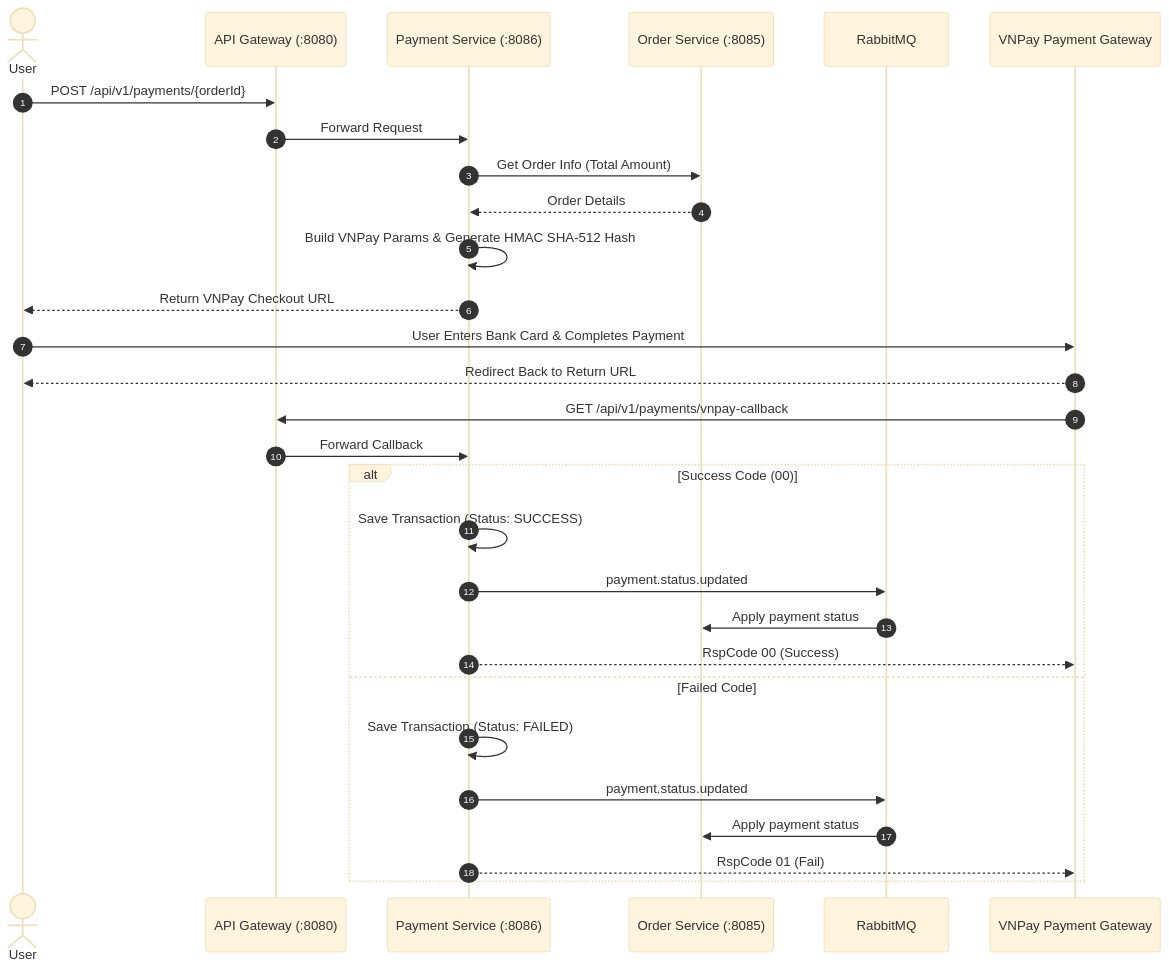
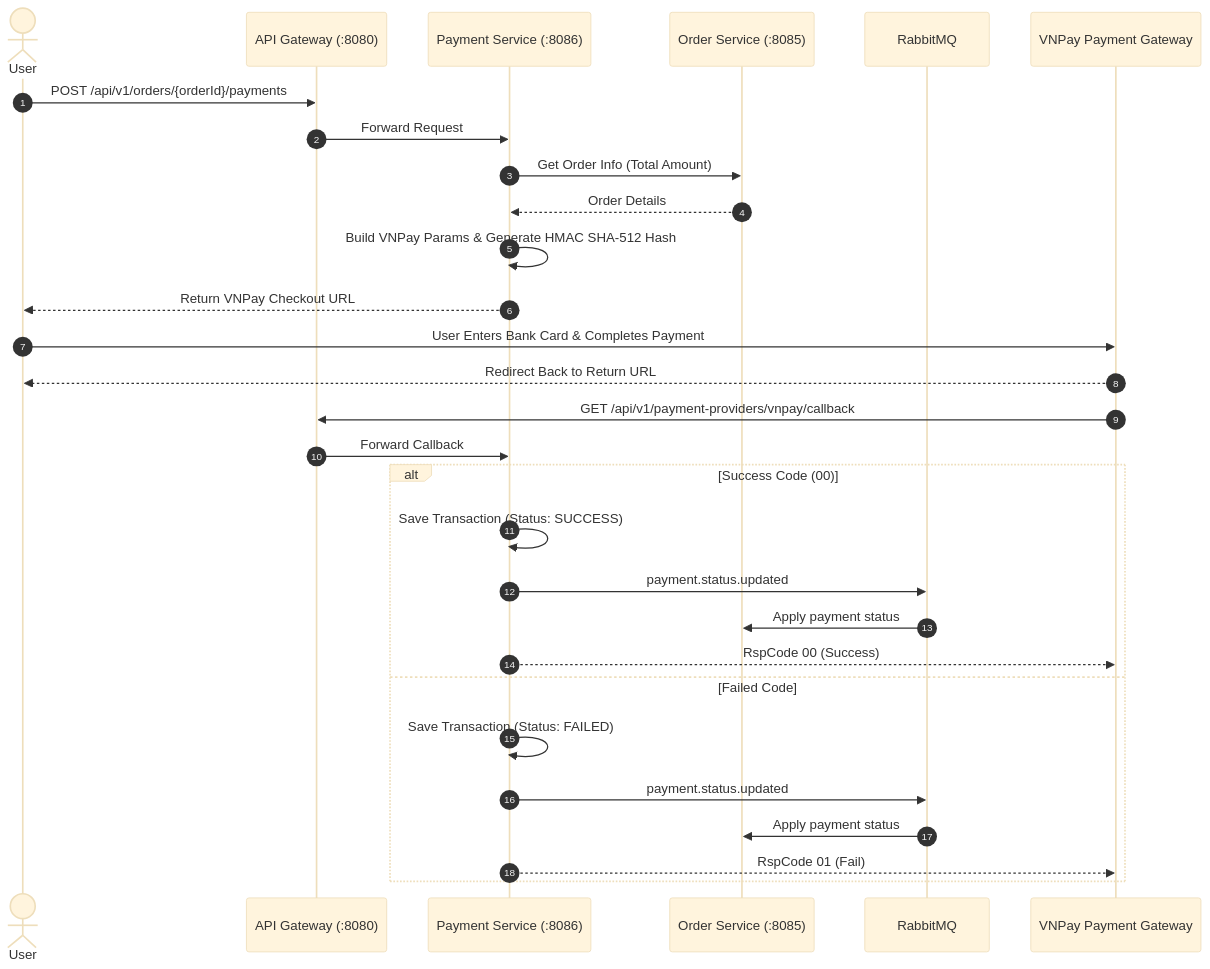
The diagram in docs/services/payment-service.md (kyro-ecommerce/Backend), drawn with Mermaid (base theme) before and after one commit. The commit also changed other lines of this file and 34 other files, not shown here.

````diff
--- a/docs/services/payment-service.md
+++ b/docs/services/payment-service.md
@@ -30,34 +30,34 @@
 ```mermaid
 sequenceDiagram
     autonumber
     actor User
     participant Gateway as API Gateway (:8080)
     participant Payment as Payment Service (:8086)
     participant Order as Order Service (:8085)
     participant RabbitMQ
     participant VNPay as VNPay Payment Gateway
 
-    User->>Gateway: POST /api/v1/payments/{orderId}
+    User->>Gateway: POST /api/v1/orders/{orderId}/payments
     Gateway->>Payment: Forward Request
     Payment->>Order: Get Order Info (Total Amount)
     Order-->>Payment: Order Details
     Payment->>Payment: Build VNPay Params & Generate HMAC SHA-512 Hash
     Payment-->>User: Return VNPay Checkout URL
 
     User->>VNPay: User Enters Bank Card & Completes Payment
     VNPay-->>User: Redirect Back to Return URL
 
-    VNPay->>Gateway: GET /api/v1/payments/vnpay-callback
+    VNPay->>Gateway: GET /api/v1/payment-providers/vnpay/callback
     Gateway->>Payment: Forward Callback
     alt Success Code (00)
         Payment->>Payment: Save Transaction (Status: SUCCESS)
         Payment->>RabbitMQ: payment.status.updated
         RabbitMQ->>Order: Apply payment status
         Payment-->>VNPay: RspCode 00 (Success)
     else Failed Code
         Payment->>Payment: Save Transaction (Status: FAILED)
         Payment->>RabbitMQ: payment.status.updated
         RabbitMQ->>Order: Apply payment status
         Payment-->>VNPay: RspCode 01 (Fail)
     end
 ```
````
